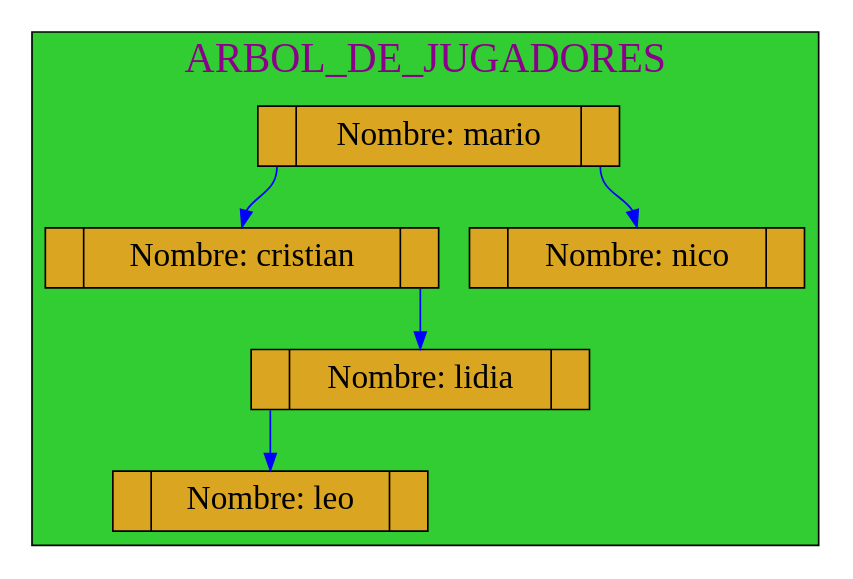
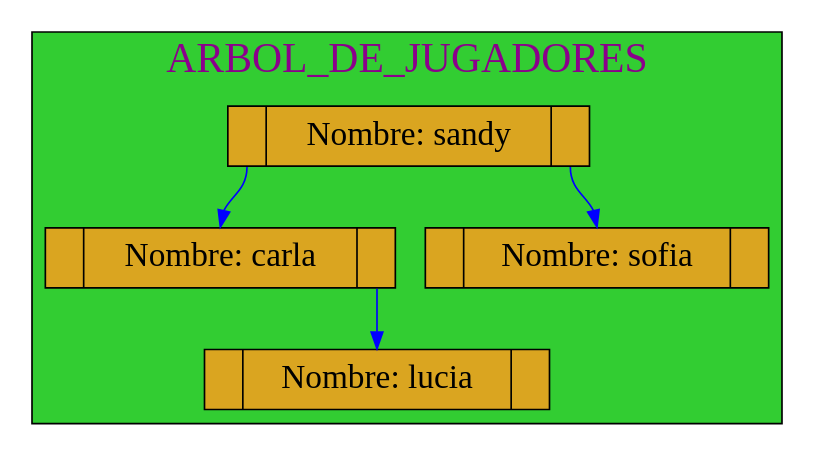
The diagram in Graficas/Arbol_Jugadores.dot (mariotun/EDD_1S2020_PY1_201602942), drawn with Graphviz before and after one commit. The commit also changed 20 other files, not shown here.

```diff
--- a/Graficas/Arbol_Jugadores.dot
+++ b/Graficas/Arbol_Jugadores.dot
@@ -1,30 +1,26 @@
 digraph ArbolBB{
 subgraph cluster_1 {
 
 label= "ARBOL_DE_JUGADORES ";
 labelloc=t;
 fontcolor=magenta4;
 fontname=algerian
 fontsize=25;
 style=filled;
 fillcolor=limegreen;
 node[shape=record,height=0.5 style=filled fontcolor=black fillcolor=goldenrod fontsize=20 ];
 
 
-25770483616[label="<f0> |<f1>Nombre: mario |<f2> " ]; 
-25770483472[label="<f0> |<f1>Nombre: cristian |<f2>" ]
-25770484528[label="<f0> |<f1>Nombre: lidia |<f2>" ]
-25770484528[label="<f0> |<f1>Nombre: lidia |<f2>" ]
-25770483872[label="<f0> |<f1>Nombre: leo |<f2>" ]
-25770483872[label="<f0> |<f1>Nombre: leo |<f2>" ]
-25770483872[label="<f0> |<f1>Nombre: leo |<f2>" ]
-25770500480[label="<f0> |<f1>Nombre: nico |<f2>" ]
+25770483664[label="<f0> |<f1>Nombre: sandy |<f2> " ]; 
+25770483920[label="<f0> |<f1>Nombre: carla |<f2>" ]
+25770483392[label="<f0> |<f1>Nombre: lucia |<f2>" ]
+25770483392[label="<f0> |<f1>Nombre: lucia |<f2>" ]
+25770483232[label="<f0> |<f1>Nombre: sofia |<f2>" ]
 
-25770483616:f0->25770483472:f1 [color=blue]
-25770483472:f2->25770484528:f1 [color=blue ]
-25770484528:f0->25770483872:f1 [color=blue]
-25770483616:f2->25770500480:f1 [color=blue ]
+25770483664:f0->25770483920:f1 [color=blue]
+25770483920:f2->25770483392:f1 [color=blue ]
+25770483664:f2->25770483232:f1 [color=blue ]
 
  }
 
  }
```
